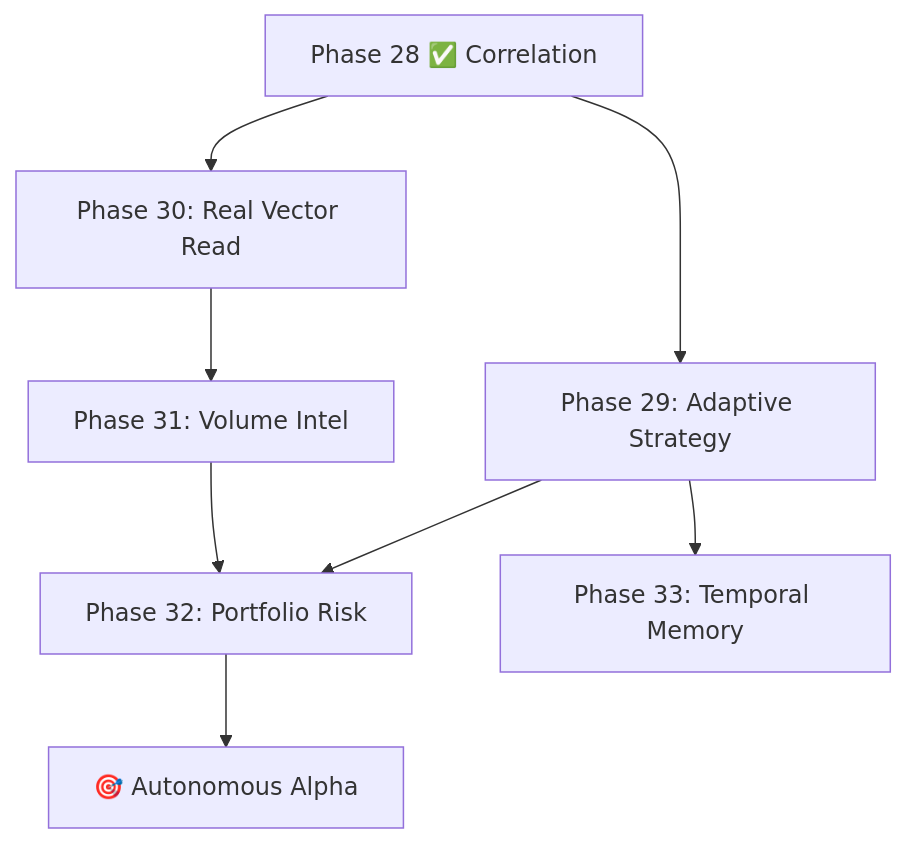
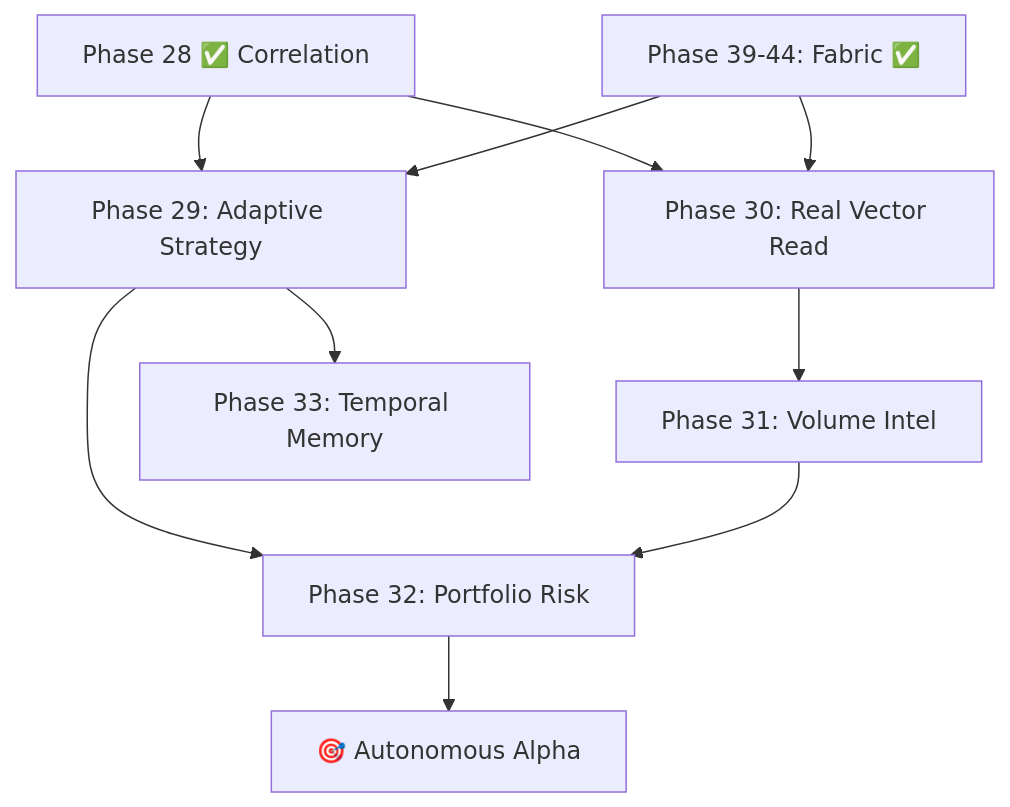
The diagram in docs/specs/sovereign_intelligence_roadmap.md (criticalinsight/gswarm), drawn with Mermaid before and after one commit. The commit also changed other lines of this file and 54 other files, not shown here.

````diff
--- a/docs/specs/sovereign_intelligence_roadmap.md
+++ b/docs/specs/sovereign_intelligence_roadmap.md
@@ -23,10 +24,12 @@
 ```mermaid
 graph TD
     A["Phase 28 ✅ Correlation"] --> B["Phase 29: Adaptive Strategy"]
     A --> C["Phase 30: Real Vector Read"]
     B --> D["Phase 32: Portfolio Risk"]
     C --> E["Phase 31: Volume Intel"]
     E --> D
     B --> F["Phase 33: Temporal Memory"]
     D --> G["🎯 Autonomous Alpha"]
+    H["Phase 39-44: Fabric ✅"] --> B
+    H --> C
 ```
````
